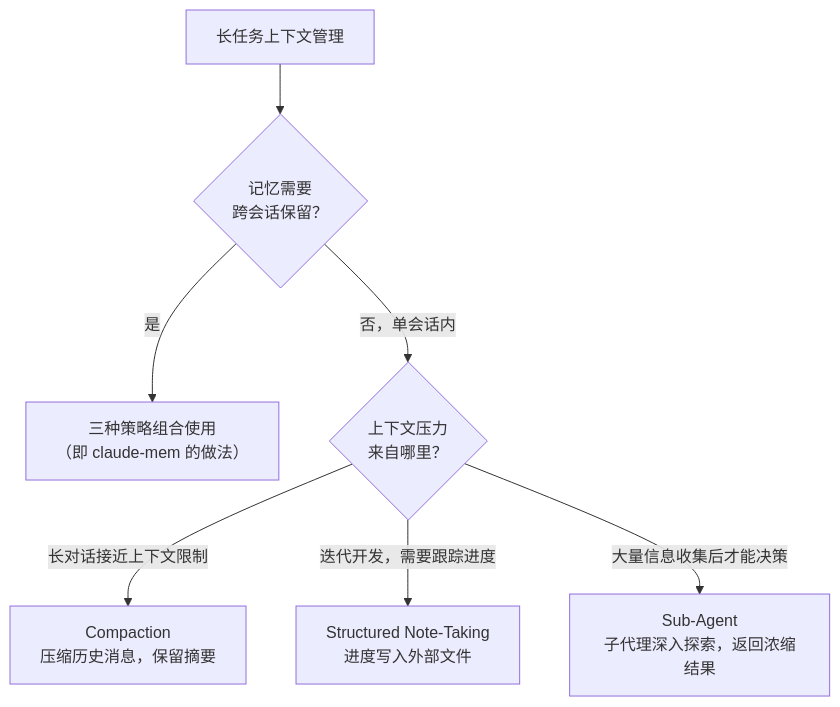
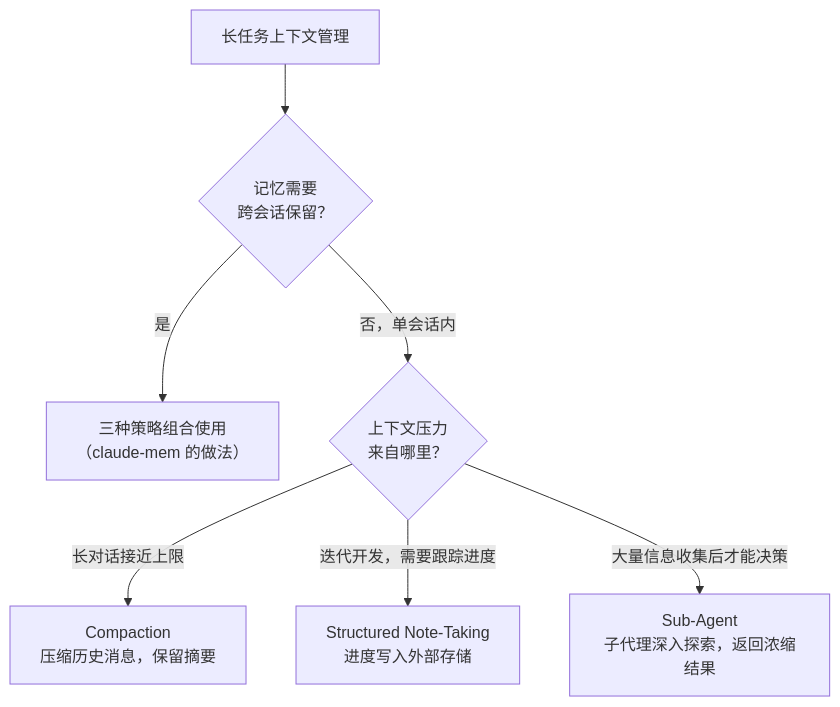
Before and after one commit to diguike/book-claude-mem: the first of 2 diagrams in 01-cognition/ch03-context-engineering/README.md, drawn with Mermaid. The commit also changed other lines of this file and 155 other files, not shown here.

First line of the commit message:
docs: second edition for claude-mem v13.35.0

````diff
--- a/01-cognition/ch03-context-engineering/README.md
+++ b/01-cognition/ch03-context-engineering/README.md
@@ -207,9 +203,9 @@
 ```mermaid
 flowchart TD
     S[长任务上下文管理] --> Q0{记忆需要<br/>跨会话保留？}
-    Q0 -->|是| R0["三种策略组合使用<br/>（即 claude-mem 的做法）"]
+    Q0 -->|是| R0["三种策略组合使用<br/>（claude-mem 的做法）"]
     Q0 -->|否，单会话内| Q1{上下文压力<br/>来自哪里？}
-    Q1 -->|长对话接近上下文限制| R1["Compaction<br/>压缩历史消息，保留摘要"]
-    Q1 -->|迭代开发，需要跟踪进度| R2["Structured Note-Taking<br/>进度写入外部文件"]
+    Q1 -->|长对话接近上限| R1["Compaction<br/>压缩历史消息，保留摘要"]
+    Q1 -->|迭代开发，需要跟踪进度| R2["Structured Note-Taking<br/>进度写入外部存储"]
     Q1 -->|大量信息收集后才能决策| R3["Sub-Agent<br/>子代理深入探索，返回浓缩结果"]
 ```
````
